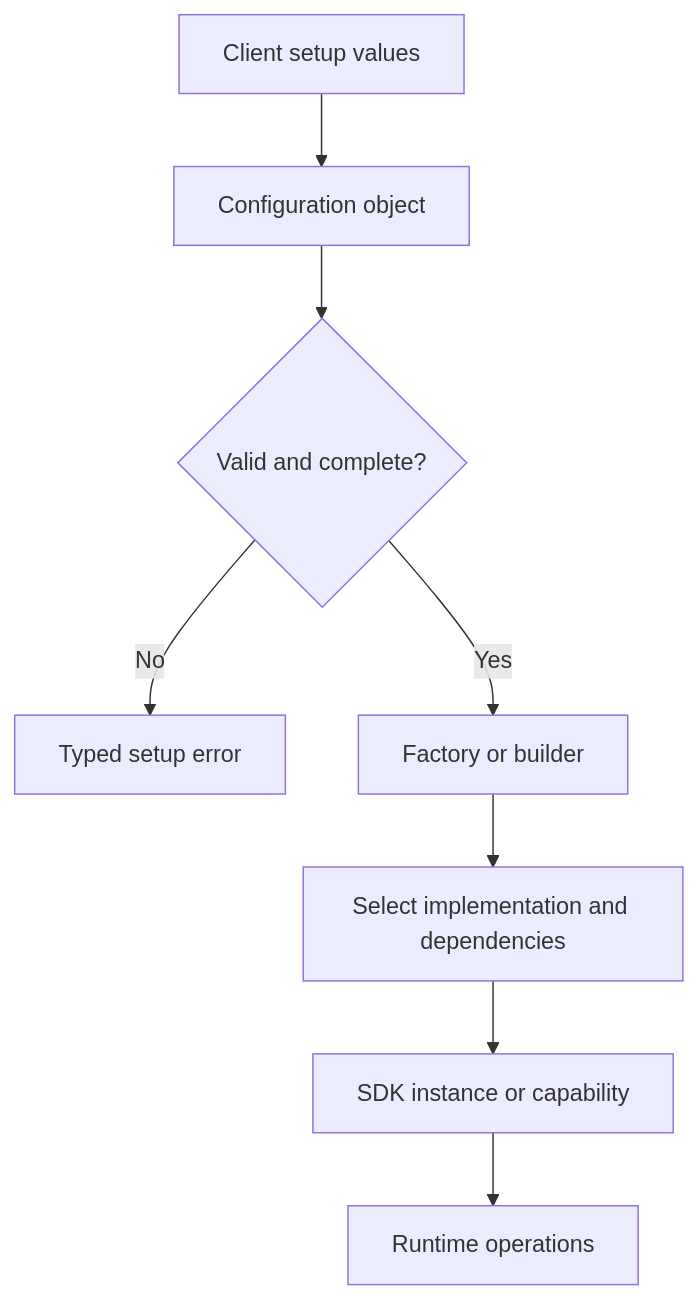
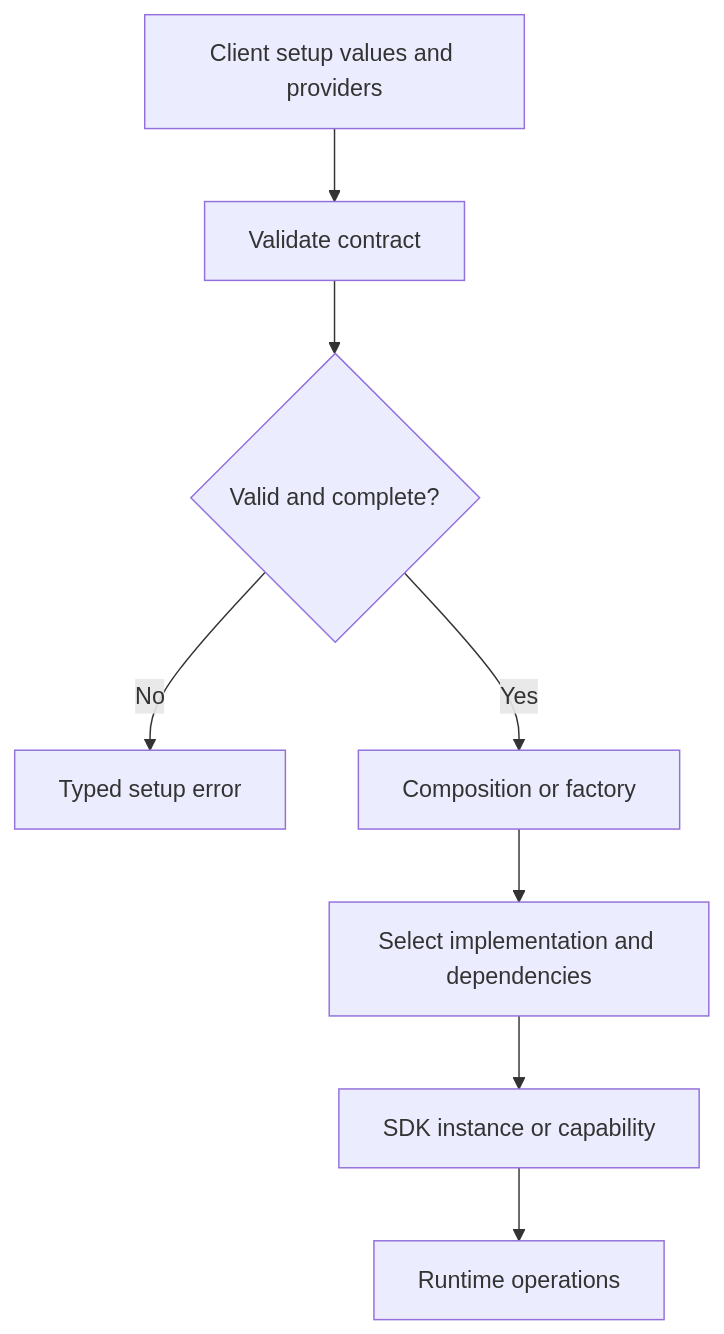
The diagram in docs/architecture/plugin-platform-and-sdk-architecture/factories-builders-and-sdk-configuration/theory.md (melancholygaze13/preparation-kit), drawn with Mermaid before and after one commit. The commit also changed other lines of this file and 171 other files, not shown here.

Commit message:
docs: strengthen architecture and Swift interview preparation

````diff
--- a/docs/architecture/plugin-platform-and-sdk-architecture/factories-builders-and-sdk-configuration/theory.md
+++ b/docs/architecture/plugin-platform-and-sdk-architecture/factories-builders-and-sdk-configuration/theory.md
@@ -31,10 +35,10 @@
 ```mermaid
 flowchart TD
-    A["Client setup values"] --> B["Configuration object"]
+    A["Client setup values and providers"] --> B["Validate contract"]
     B --> C{"Valid and complete?"}
     C -- "No" --> D["Typed setup error"]
-    C -- "Yes" --> E["Factory or builder"]
+    C -- "Yes" --> E["Composition or factory"]
     E --> F["Select implementation and dependencies"]
     F --> G["SDK instance or capability"]
     G --> H["Runtime operations"]
 ```
````
